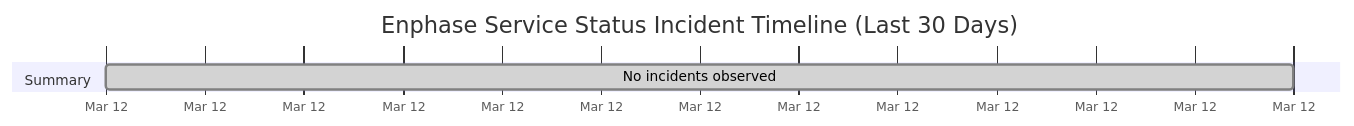
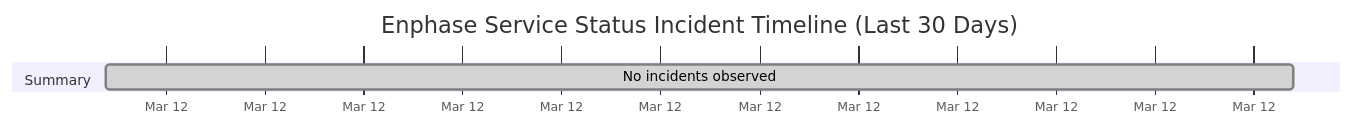
Before and after one commit to barneyonline/ha-enphase-ev-charger: the diagram in wiki/Service-Status-History.md, drawn with Mermaid. The commit also changed other lines of this file and 3 other files, not shown here.

````diff
--- a/wiki/Service-Status-History.md
+++ b/wiki/Service-Status-History.md
@@ -14,8 +14,8 @@
 ```mermaid
 gantt
     title Enphase Service Status Incident Timeline (Last 30 Days)
     dateFormat  YYYY-MM-DDTHH:mm:ss
     axisFormat  %b %d
     section Summary
-    No incidents observed :done, 2026-03-12T14:43:40, 1m
+    No incidents observed :done, 2026-03-12T15:49:27, 1m
 ```
````
